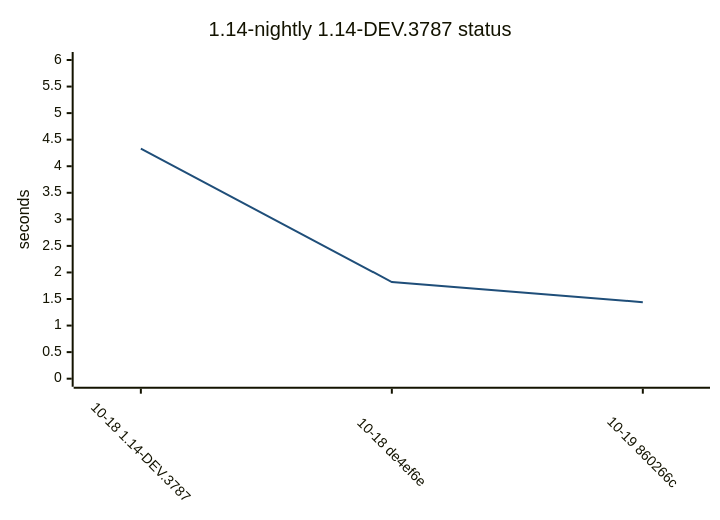
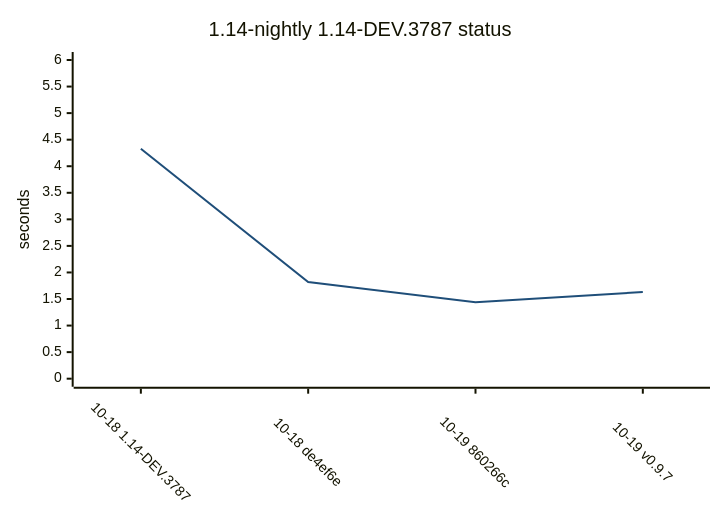
The seventh of 15 diagrams in README.md (yamanori99/DistSSHQueue.jl), drawn with Mermaid before and after one commit. The commit also changed other lines of this file and 1 other file, not shown here.

````diff
--- a/README.md
+++ b/README.md
@@ -239,17 +238,17 @@
 ```mermaid
 ---
 config:
   theme: base
   themeVariables:
     xyChart:
       plotColorPalette: "#1f4e79"
   xyChart:
     xAxis:
       labelRotation: 45
 ---
 xychart-beta
     title "1.14-nightly 1.14-DEV.3787 status"
-    x-axis ["10-18 1.14-DEV.3787", "10-18 de4ef6e", "10-19 860266c"]
+    x-axis ["10-18 1.14-DEV.3787", "10-18 de4ef6e", "10-19 860266c", "10-19 v0.9.7"]
     y-axis "seconds" 0 --> 6
-    line [4.33, 1.82, 1.44]
+    line [4.33, 1.82, 1.44, 1.63]
 ```
````
